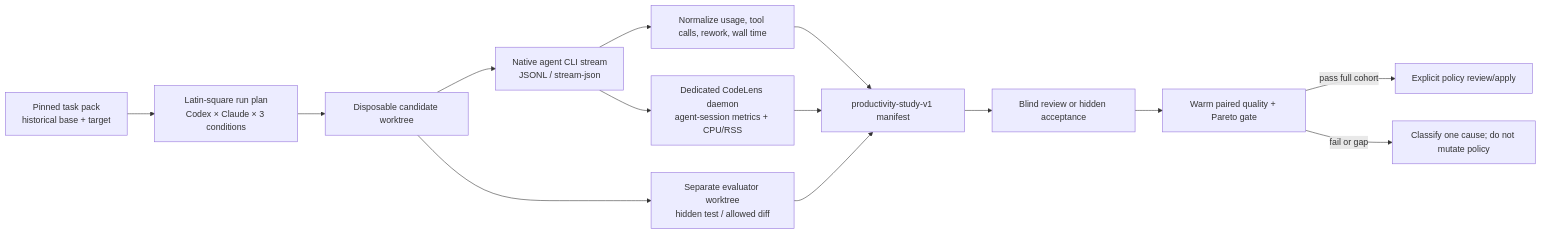
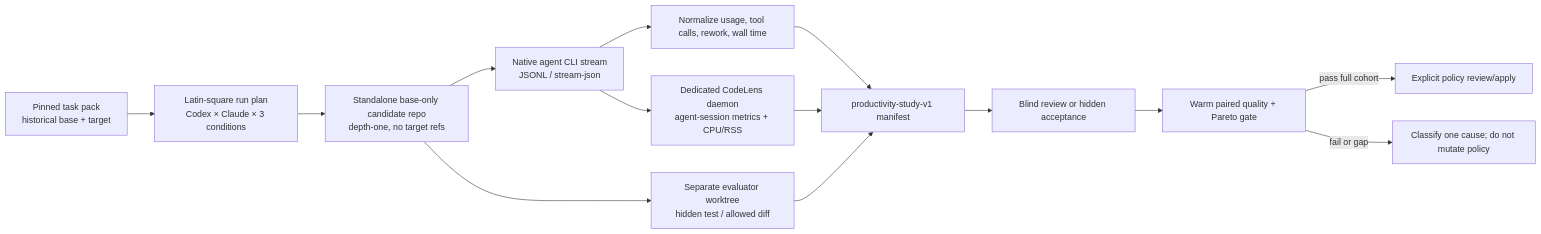
One commit to mupozg823/codelens-mcp-plugin changed the diagram in docs/productivity-study.md. Above: the diagram before and after it, drawn with Mermaid. The commit also changed other lines of this file and 8 other files, not shown here.

````diff
--- a/docs/productivity-study.md
+++ b/docs/productivity-study.md
@@ -48,16 +55,16 @@
 ```mermaid
 flowchart LR
   P["Pinned task pack\nhistorical base + target"] --> L["Latin-square run plan\nCodex × Claude × 3 conditions"]
-  L --> W["Disposable candidate worktree"]
+  L --> W["Standalone base-only candidate repo\ndepth-one, no target refs"]
   W --> A["Native agent CLI stream\nJSONL / stream-json"]
   A --> T["Normalize usage, tool calls, rework, wall time"]
   A --> D["Dedicated CodeLens daemon\nagent-session metrics + CPU/RSS"]
   W --> E["Separate evaluator worktree\nhidden test / allowed diff"]
   T --> M["productivity-study-v1 manifest"]
   D --> M
   E --> M
   M --> Q["Blind review or hidden acceptance"]
   Q --> G["Warm paired quality + Pareto gate"]
   G -->|pass full cohort| R["Explicit policy review/apply"]
   G -->|fail or gap| N["Classify one cause; do not mutate policy"]
 ```
````
